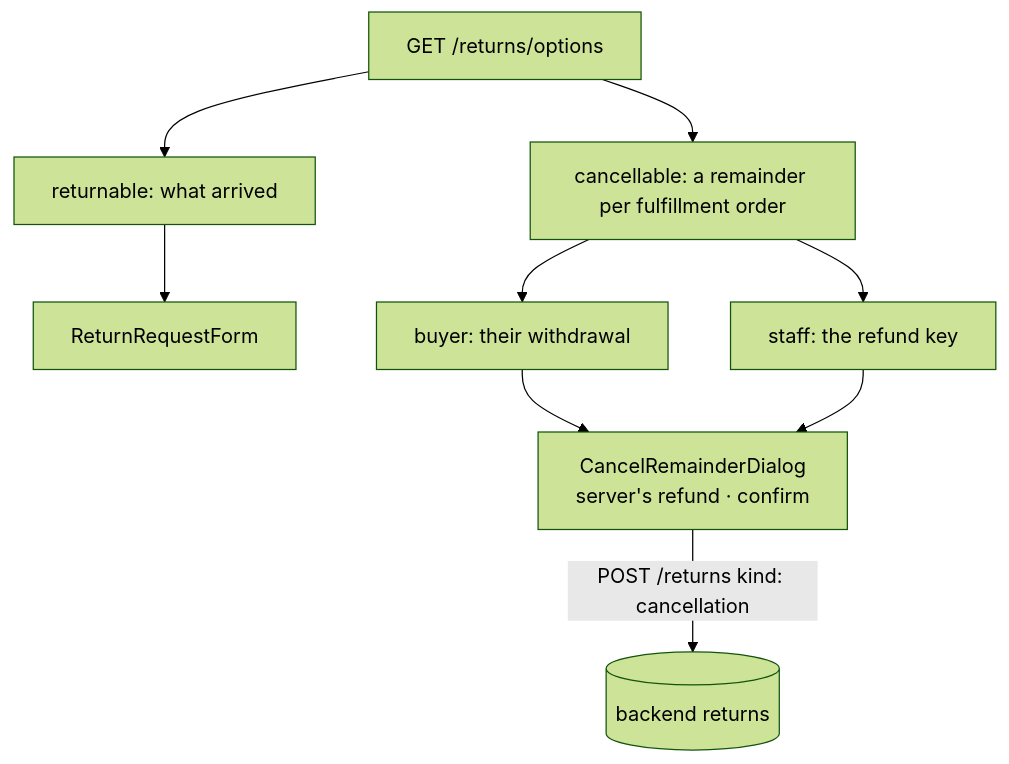
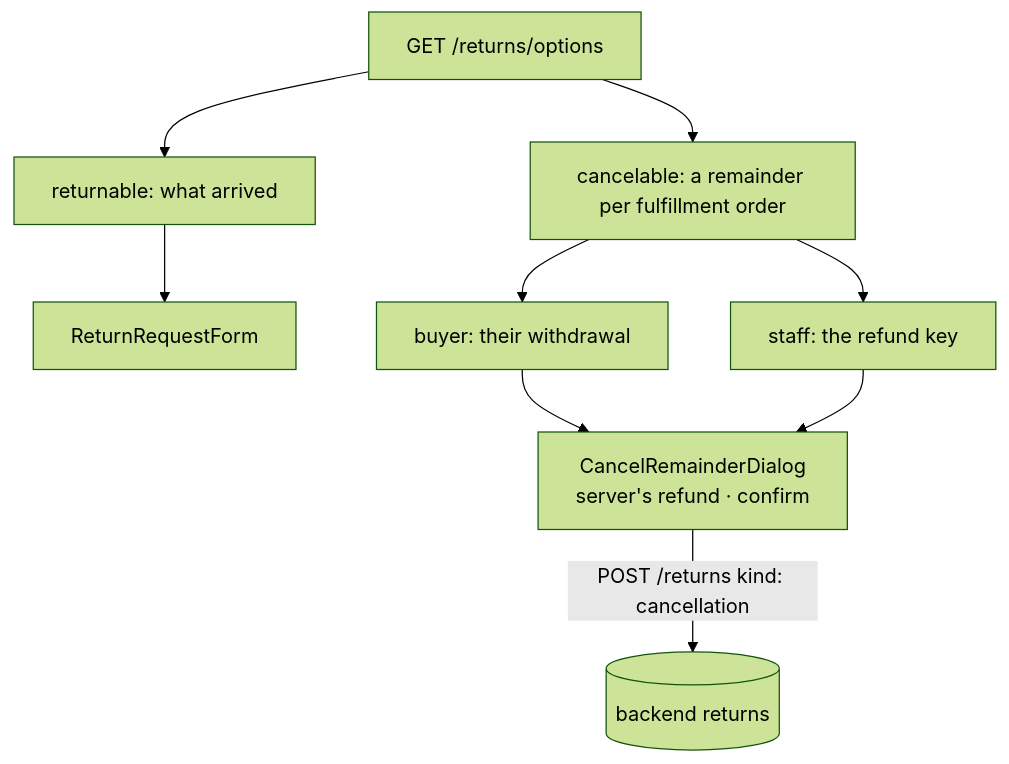
One commit to Guebbit/boilerplate-vue-frontend changed the second of 3 diagrams in docs/modules/returns.md. Above: the diagram before and after it, drawn with Mermaid (forest theme). The commit also changed other lines of this file and 137 other files, not shown here.

````diff
--- a/docs/modules/returns.md
+++ b/docs/modules/returns.md
@@ -77,11 +77,11 @@
 ```mermaid
 flowchart TD
     options["GET /returns/options"] --> returnable["returnable: what arrived"]
-    options --> cancellable["cancellable: a remainder per fulfillment order"]
+    options --> cancelable["cancelable: a remainder per fulfillment order"]
     returnable --> form["ReturnRequestForm"]
-    cancellable --> buyer["buyer: their withdrawal"]
-    cancellable --> staff["staff: the refund key"]
+    cancelable --> buyer["buyer: their withdrawal"]
+    cancelable --> staff["staff: the refund key"]
     buyer --> dialog["CancelRemainderDialog<br/>server's refund · confirm"]
     staff --> dialog
     dialog -->|"POST /returns kind: cancellation"| api[("backend returns")]
 ```
````
